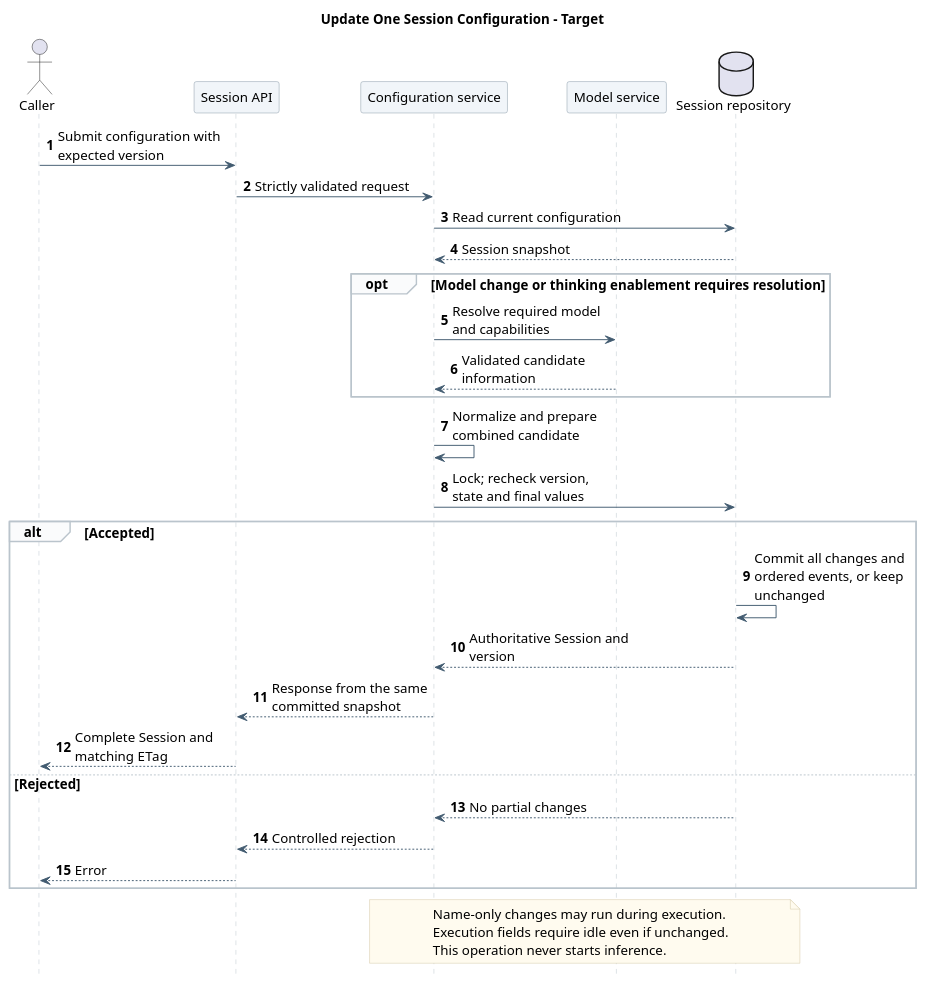
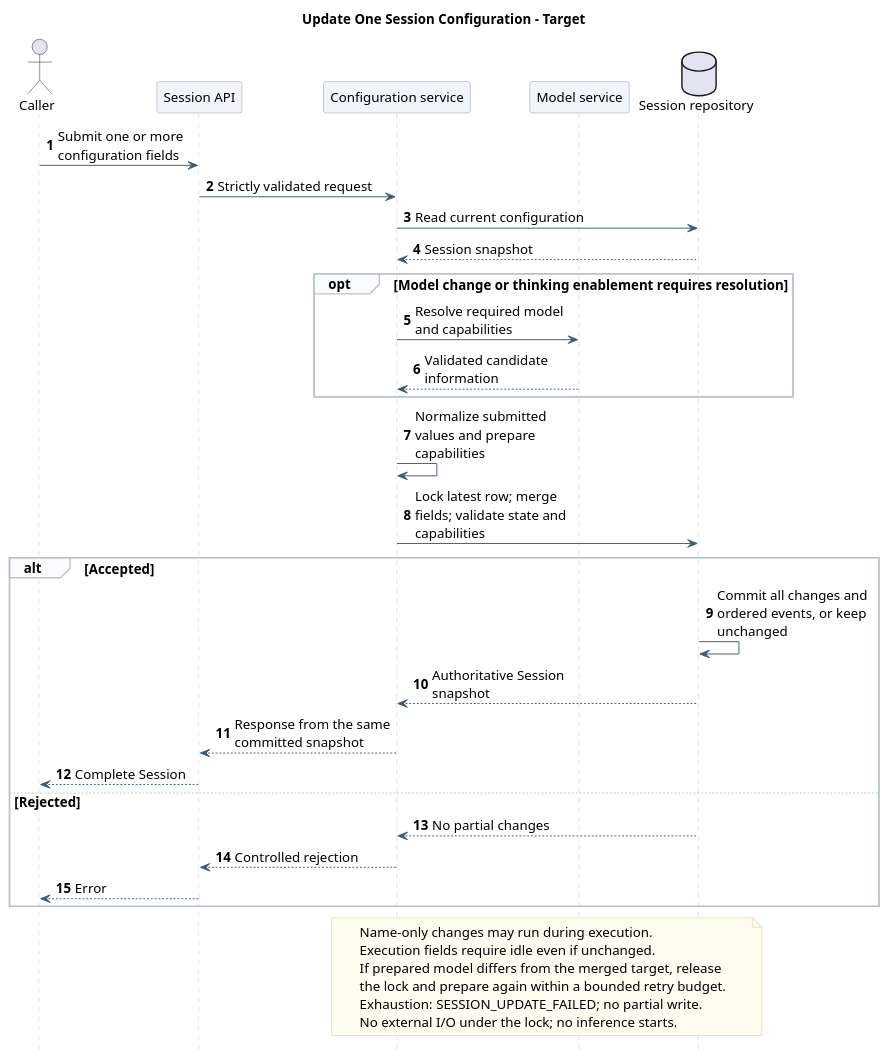
The second of 2 diagrams in 01-总体架构/01-CampusClaw多Agent运行时/设计图/会话配置/diagram.puml (ssm0808/pi-mono-java-design), drawn with PlantUML before and after one commit. The commit also changed other lines of this file and 58 other files, not shown here.

```diff
--- a/01-总体架构/01-CampusClaw多Agent运行时/设计图/会话配置/diagram.puml
+++ b/01-总体架构/01-CampusClaw多Agent运行时/设计图/会话配置/diagram.puml
@@ -106,57 +104,60 @@
 @startuml http_session_update
-' Source baseline: pi-mono-java 09b32d8ea4a4b43b34be302d8b2745bdc417c9a2.
-' Source: modules/coding-agent-cli/src/main/java/com/campusclaw/codingagent/runtimeapi/persistence/MyBatisRuntimeSessionRepository.java :: rejectConfigurationUpdate, appendConfigurationEntries.
+' Source baseline: pi-mono-java 553dcd5e2ff682f9684810a043b442b37a02e54a.
+' Source: modules/coding-agent-cli/src/main/java/com/campusclaw/codingagent/runtimeapi/persistence/MyBatisRuntimeSessionRepository.java :: updateSession, rejectUnifiedUpdate, mergeUpdate, mergedThinking.
 ' Source: modules/coding-agent-cli/src/main/java/com/campusclaw/codingagent/runtimeapi/session/RuntimeSessionResponseAssembler.java :: getView.
-' Observed behavior: existing configuration writes use row locks and durable events.
-' Design reason: resolve a combined target before a single version-checked transaction.
-' Java divergence: unified POST and atomic four-property update are pending implementation.
+' Observed behavior: combined writes use row locks and durable events, but still require expectedVersion.
+' Design reason: prepare external capabilities, then merge fields into the latest row in one transaction.
+' Java divergence: header-free updates and latest-row capability rechecks are Pending implementation.
 ' Presentation: one responsibility-level scenario; implementation details remain in the linked document.
 skinparam backgroundColor white
 skinparam defaultFontName SansSerif
 skinparam defaultFontSize 14
 skinparam shadowing false
 skinparam sequenceMessageAlign left
 skinparam maxMessageSize 180
 skinparam sequenceArrowColor #425B70
 skinparam sequenceLifeLineBorderColor #BAC4CC
 skinparam sequenceParticipantBackgroundColor #F1F5F9
 skinparam sequenceParticipantBorderColor #8496A4
 skinparam sequenceGroupBackgroundColor #FAFBFC
 skinparam sequenceGroupBorderColor #BAC4CC
 skinparam noteBackgroundColor #FFFBEF
 skinparam noteBorderColor #D2C6A5
 hide footbox
 autonumber
 
 title Update One Session Configuration - Target
 actor Caller
 participant "Session API" as API
 participant "Configuration service" as App
 participant "Model service" as Models
 database "Session repository" as Repo
-Caller -> API : Submit configuration with expected version
+Caller -> API : Submit one or more configuration fields
 API -> App : Strictly validated request
 App -> Repo : Read current configuration
 Repo --> App : Session snapshot
 opt Model change or thinking enablement requires resolution
   App -> Models : Resolve required model and capabilities
   Models --> App : Validated candidate information
 end
-App -> App : Normalize and prepare combined candidate
-App -> Repo : Lock; recheck version, state and final values
+App -> App : Normalize submitted values and prepare capabilities
+App -> Repo : Lock latest row; merge fields; validate state and capabilities
 alt Accepted
   Repo -> Repo : Commit all changes and ordered events, or keep unchanged
-  Repo --> App : Authoritative Session and version
+  Repo --> App : Authoritative Session snapshot
   App --> API : Response from the same committed snapshot
-  API --> Caller : Complete Session and matching ETag
+  API --> Caller : Complete Session
 else Rejected
   Repo --> App : No partial changes
   App --> API : Controlled rejection
   API --> Caller : Error
 end
 note over App,Repo
   Name-only changes may run during execution.
   Execution fields require idle even if unchanged.
-  This operation never starts inference.
+  If prepared model differs from the merged target, release
+  the lock and prepare again within a bounded retry budget.
+  Exhaustion: SESSION_UPDATE_FAILED; no partial write.
+  No external I/O under the lock; no inference starts.
 end note
 @enduml
```
